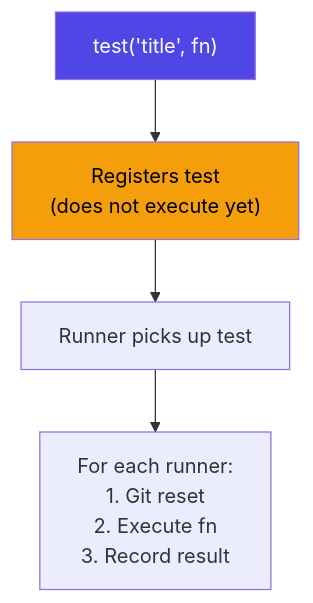
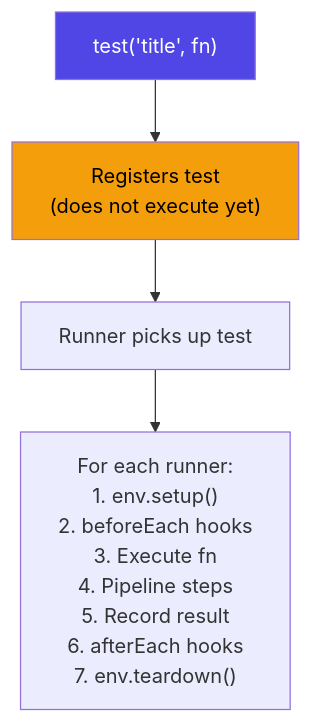
The first of 2 diagrams in apps/docs/api/test.md (Tlahey/agent-eval), drawn with Mermaid before and after one commit. The commit also changed 5 other files, not shown here.

First line of the commit message:
docs: update lifecycle diagrams to reflect plugin-based architecture

````diff
--- a/apps/docs/api/test.md
+++ b/apps/docs/api/test.md
@@ -28,9 +28,9 @@
 ```mermaid
 flowchart TD
     A["test('title', fn)"] --> B["Registers test\n(does not execute yet)"]
     B --> C["Runner picks up test"]
-    C --> D["For each runner:\n1. Git reset\n2. Execute fn\n3. Record result"]
+    C --> D["For each runner:\n1. env.setup()\n2. beforeEach hooks\n3. Execute fn\n4. Pipeline steps\n5. Record result\n6. afterEach hooks\n7. env.teardown()"]
 
     style A fill:#4f46e5,color:#fff
     style B fill:#f59e0b,color:#000
 ```
````
